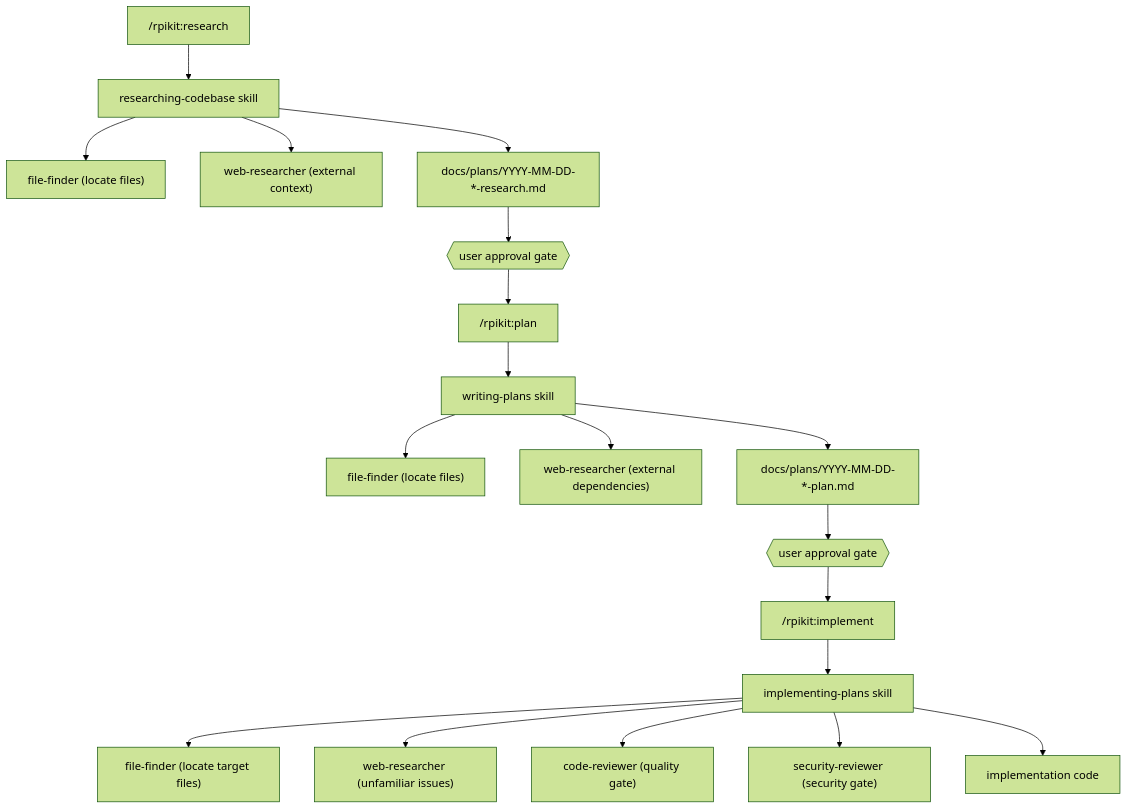
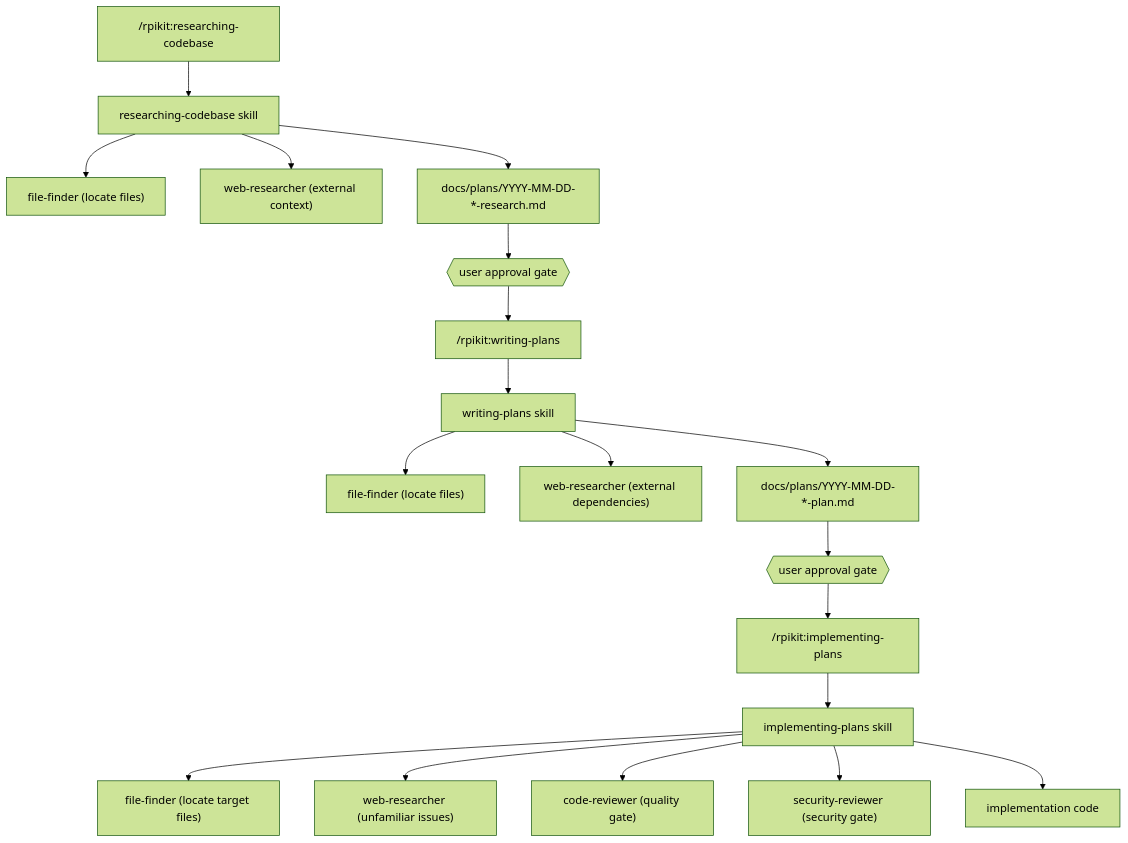
Before and after one commit to bostonaholic/rpikit: the third of 5 diagrams in docs/architecture.md, drawn with Mermaid (forest theme). The commit also changed other lines of this file and 17 other files, not shown here.

````diff
--- a/docs/architecture.md
+++ b/docs/architecture.md
@@ -127,23 +110,23 @@
 ```mermaid
 graph TD
-    R["/rpikit:research"] --> RS["researching-codebase skill"]
+    R["/rpikit:researching-codebase"] --> RS["researching-codebase skill"]
     RS --> RF["file-finder (locate files)"]
     RS --> RW["web-researcher (external context)"]
     RS --> RO["docs/plans/YYYY-MM-DD-*-research.md"]
     RO --> G1{{"user approval gate"}}
 
-    G1 --> P["/rpikit:plan"]
+    G1 --> P["/rpikit:writing-plans"]
     P --> PS["writing-plans skill"]
     PS --> PF["file-finder (locate files)"]
     PS --> PW["web-researcher (external dependencies)"]
     PS --> PO["docs/plans/YYYY-MM-DD-*-plan.md"]
     PO --> G2{{"user approval gate"}}
 
-    G2 --> I["/rpikit:implement"]
+    G2 --> I["/rpikit:implementing-plans"]
     I --> IS["implementing-plans skill"]
     IS --> IF["file-finder (locate target files)"]
     IS --> IW["web-researcher (unfamiliar issues)"]
     IS --> IC["code-reviewer (quality gate)"]
     IS --> ISR["security-reviewer (security gate)"]
     IS --> IO["implementation code"]
 ```
````
